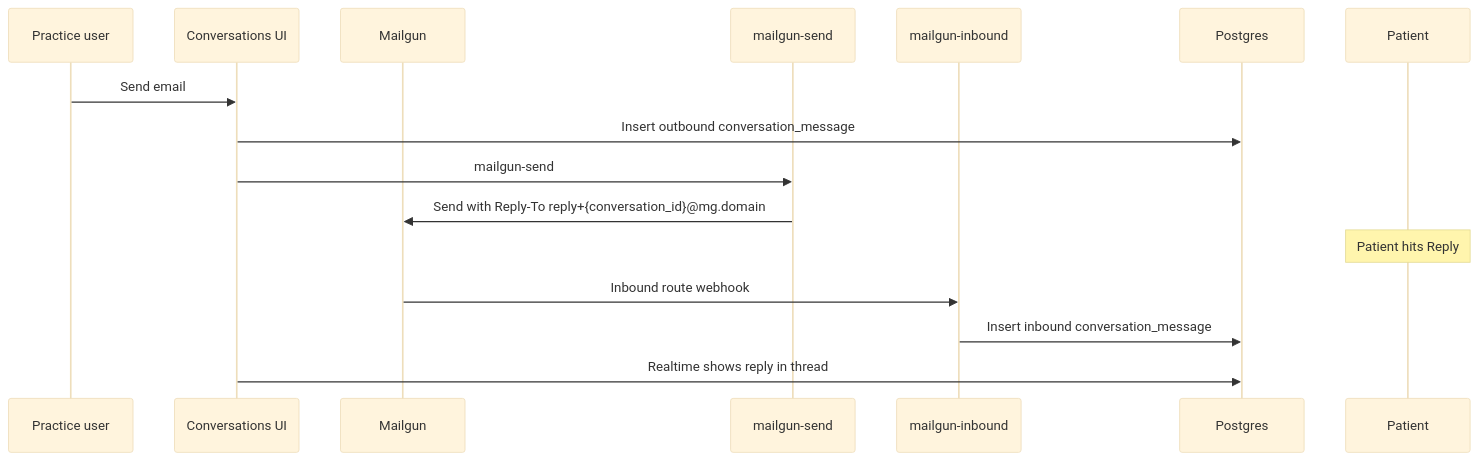
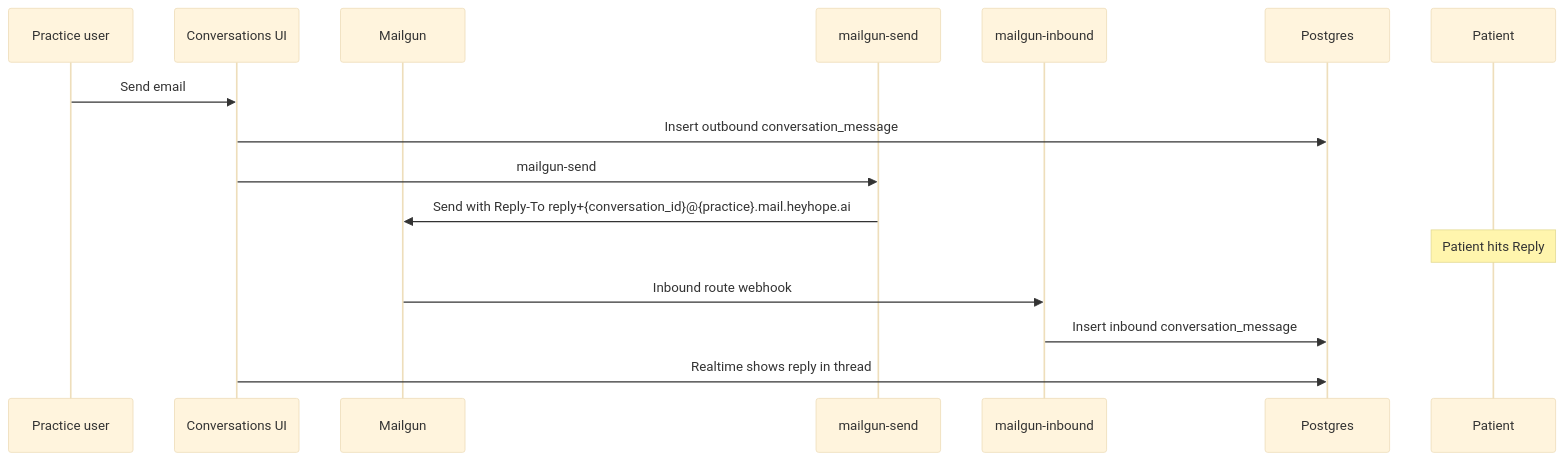
The diagram in supabase/MAILGUN_INBOUND_SETUP.md (devyntgrillo-ai/saas), drawn with Mermaid (base theme) before and after one commit. The commit also changed other lines of this file and 92 other files, not shown here.

````diff
--- a/supabase/MAILGUN_INBOUND_SETUP.md
+++ b/supabase/MAILGUN_INBOUND_SETUP.md
@@ -7,18 +7,18 @@
 ```mermaid
 sequenceDiagram
   participant TC as Practice user
   participant App as Conversations UI
   participant MG as Mailgun
   participant FN as mailgun-send
   participant IN as mailgun-inbound
   participant DB as Postgres
 
   TC->>App: Send email
   App->>DB: Insert outbound conversation_message
   App->>FN: mailgun-send
-  FN->>MG: Send with Reply-To reply+{conversation_id}@mg.domain
+  FN->>MG: Send with Reply-To reply+{conversation_id}@{practice}.mail.heyhope.ai
   Note over Patient: Patient hits Reply
   MG->>IN: Inbound route webhook
   IN->>DB: Insert inbound conversation_message
   App->>DB: Realtime shows reply in thread
 ```
````
